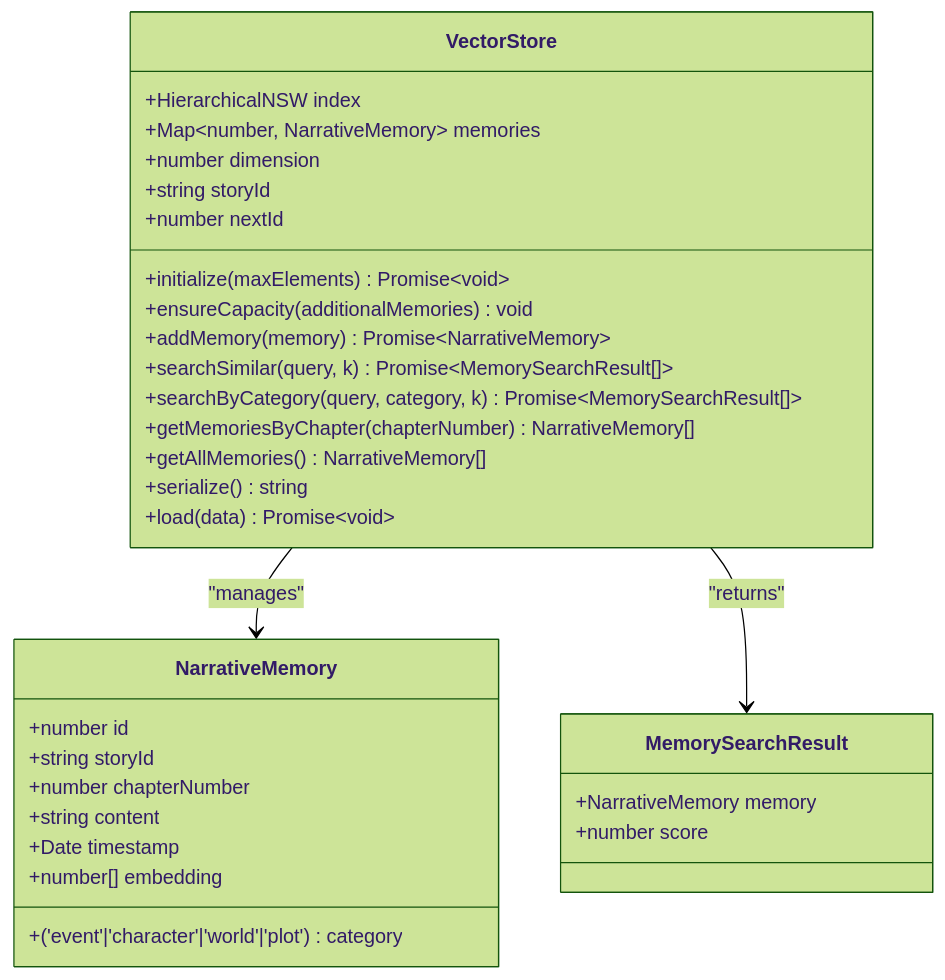
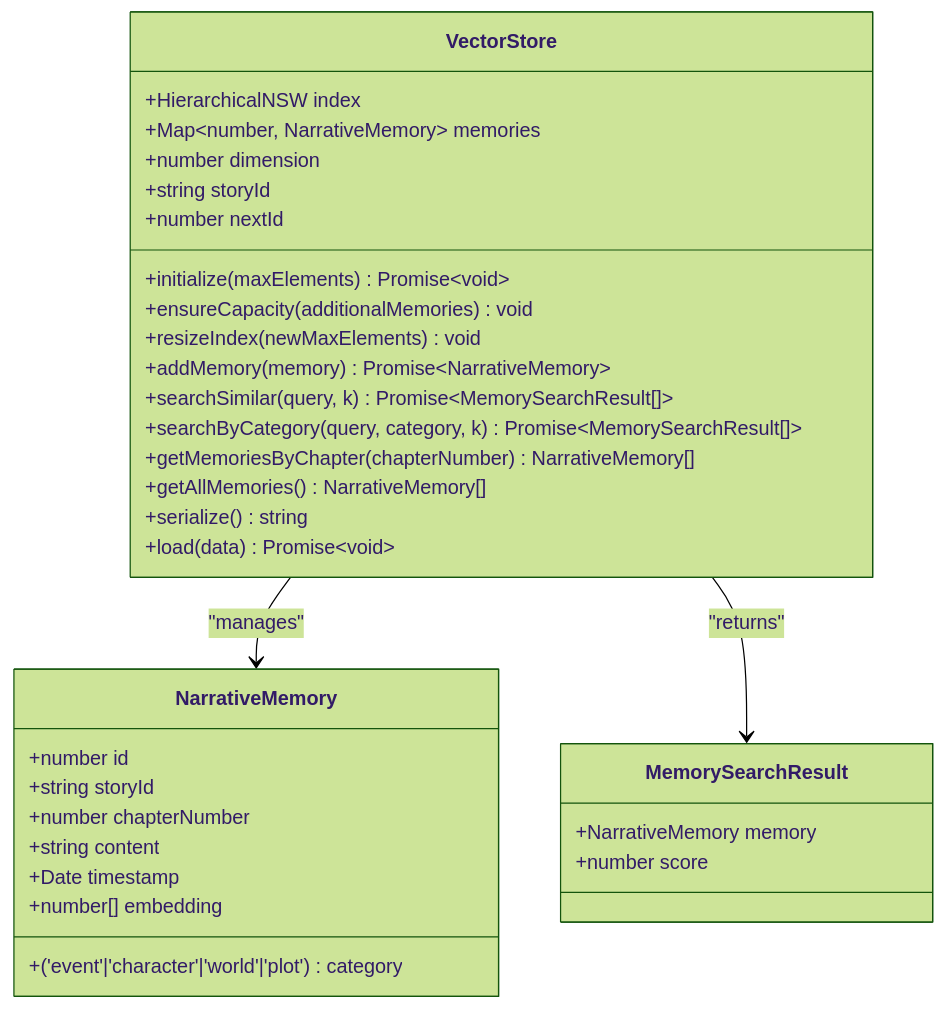
One commit to liwonder/NARRITIVE_OS changed the third of 13 diagrams in .qoder/repowiki/en/content/Memory Management System/Memory Management System.md. Above: the diagram before and after it, drawn with Mermaid (forest theme). The commit also changed other lines of this file and 12 other files, not shown here.

````diff
--- a/.qoder/repowiki/en/content/Memory Management System/Memory Management System.md
+++ b/.qoder/repowiki/en/content/Memory Management System/Memory Management System.md
@@ -236,34 +238,35 @@
 ```mermaid
 classDiagram
 class VectorStore {
 +HierarchicalNSW index
 +Map~number, NarrativeMemory~ memories
 +number dimension
 +string storyId
 +number nextId
 +initialize(maxElements) Promise~void~
 +ensureCapacity(additionalMemories) void
++resizeIndex(newMaxElements) void
 +addMemory(memory) Promise~NarrativeMemory~
 +searchSimilar(query, k) Promise~MemorySearchResult[]~
 +searchByCategory(query, category, k) Promise~MemorySearchResult[]~
 +getMemoriesByChapter(chapterNumber) NarrativeMemory[]
 +getAllMemories() NarrativeMemory[]
 +serialize() string
 +load(data) Promise~void~
 }
 class NarrativeMemory {
 +number id
 +string storyId
 +number chapterNumber
 +string content
 +('event'|'character'|'world'|'plot') category
 +Date timestamp
 +number[] embedding
 }
 class MemorySearchResult {
 +NarrativeMemory memory
 +number score
 }
 VectorStore --> NarrativeMemory : "manages"
 VectorStore --> MemorySearchResult : "returns"
 ```
````
